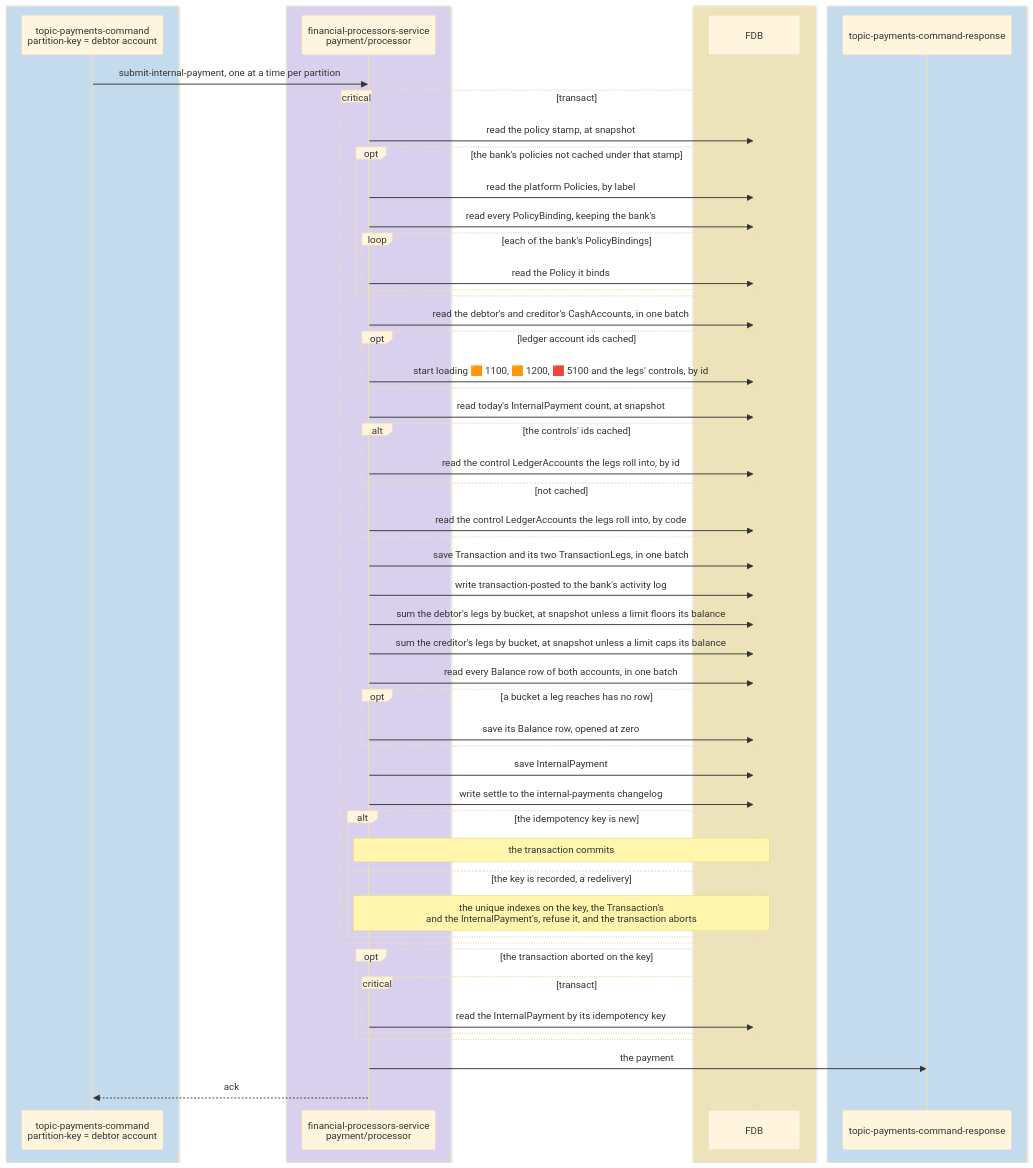
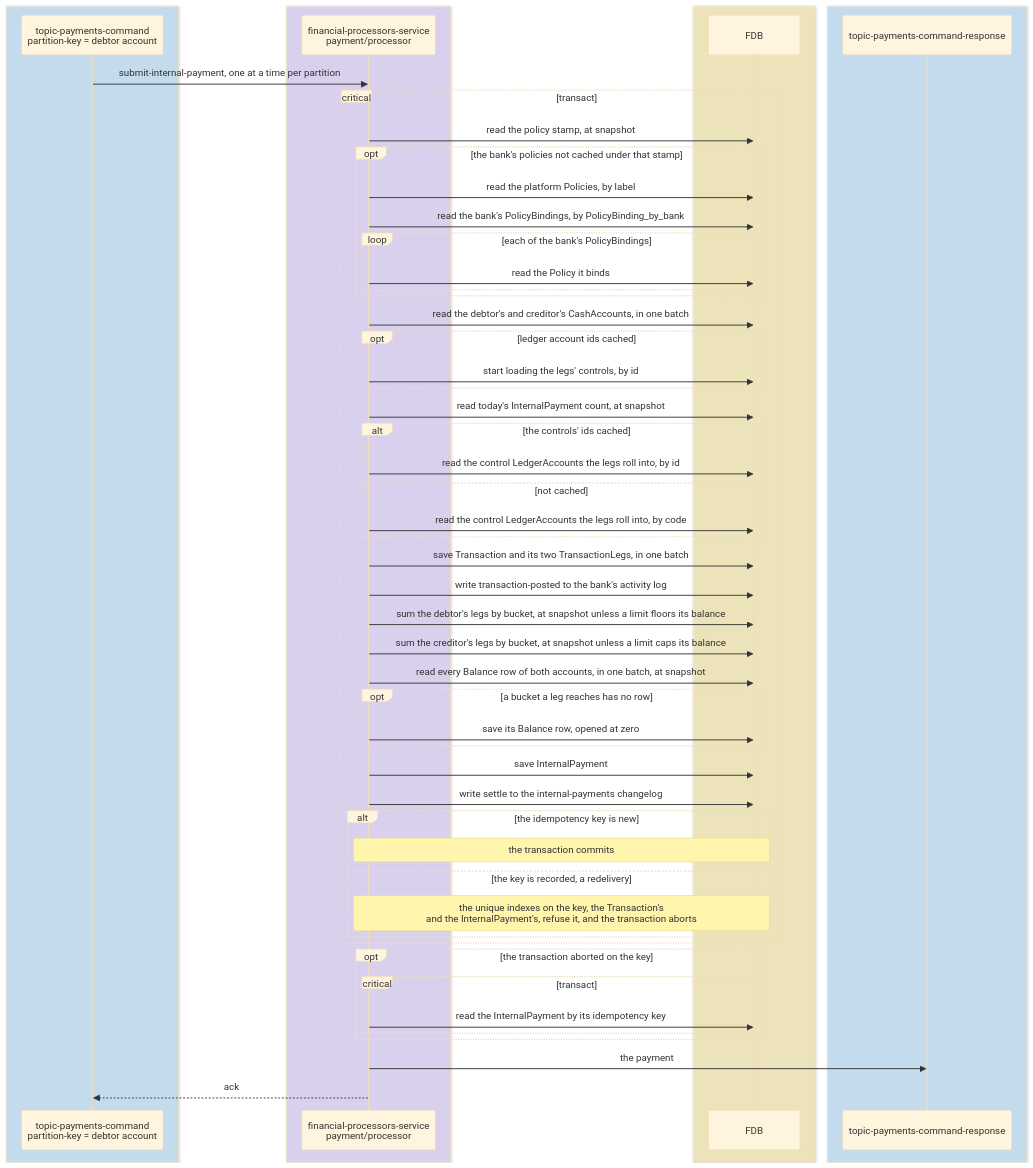
Before and after one commit to repldriven/queenswood: the third of 8 diagrams in docs/tdd/payments-internal.md, drawn with Mermaid (base theme). The commit also changed other lines of this file and 2 other files, not shown here.

Commit message:
Draw the payment flows' snapshot row reads, pre-loads, cached bank read, binding index and reconcile outcomes

````diff
--- a/docs/tdd/payments-internal.md
+++ b/docs/tdd/payments-internal.md
@@ -151,58 +151,58 @@
 ```mermaid
 sequenceDiagram
     box rgba(165, 216, 255, 0.45)
     participant PC as topic-payments-command<br/>partition-key = debtor account
     end
     box rgba(208, 191, 255, 0.45)
     participant PP as financial-processors-service<br/>payment/processor
     end
     box rgba(255, 236, 153, 0.5)
     participant DB as FDB
     end
     box rgba(165, 216, 255, 0.45)
     participant PR as topic-payments-command-response
     end
     PC->>PP: submit-internal-payment, one at a time per partition
     critical transact
     PP->>DB: read the policy stamp, at snapshot
     opt the bank's policies not cached under that stamp
     PP->>DB: read the platform Policies, by label
-    PP->>DB: read every PolicyBinding, keeping the bank's
+    PP->>DB: read the bank's PolicyBindings, by PolicyBinding_by_bank
     loop each of the bank's PolicyBindings
     PP->>DB: read the Policy it binds
     end
     end
     PP->>DB: read the debtor's and creditor's CashAccounts, in one batch
     opt ledger account ids cached
-    PP->>DB: start loading 🟧 1100, 🟧 1200, 🟥 5100 and the legs' controls, by id
+    PP->>DB: start loading the legs' controls, by id
     end
     PP->>DB: read today's InternalPayment count, at snapshot
     alt the controls' ids cached
     PP->>DB: read the control LedgerAccounts the legs roll into, by id
     else not cached
     PP->>DB: read the control LedgerAccounts the legs roll into, by code
     end
     PP->>DB: save Transaction and its two TransactionLegs, in one batch
     PP->>DB: write transaction-posted to the bank's activity log
     PP->>DB: sum the debtor's legs by bucket, at snapshot unless a limit floors its balance
     PP->>DB: sum the creditor's legs by bucket, at snapshot unless a limit caps its balance
-    PP->>DB: read every Balance row of both accounts, in one batch
+    PP->>DB: read every Balance row of both accounts, in one batch, at snapshot
     opt a bucket a leg reaches has no row
     PP->>DB: save its Balance row, opened at zero
     end
     PP->>DB: save InternalPayment
     PP->>DB: write settle to the internal-payments changelog
     alt the idempotency key is new
     Note over PP,DB: the transaction commits
     else the key is recorded, a redelivery
     Note over PP,DB: the unique indexes on the key, the Transaction's<br/>and the InternalPayment's, refuse it, and the transaction aborts
     end
     end
     opt the transaction aborted on the key
     critical transact
     PP->>DB: read the InternalPayment by its idempotency key
     end
     end
     PP->>PR: the payment
     PP-->>PC: ack
 ```
````
